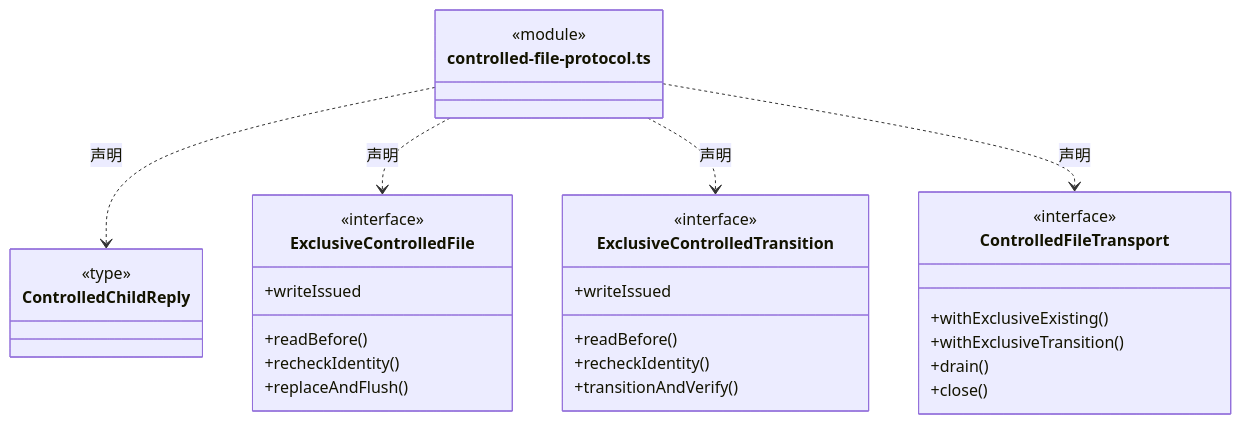
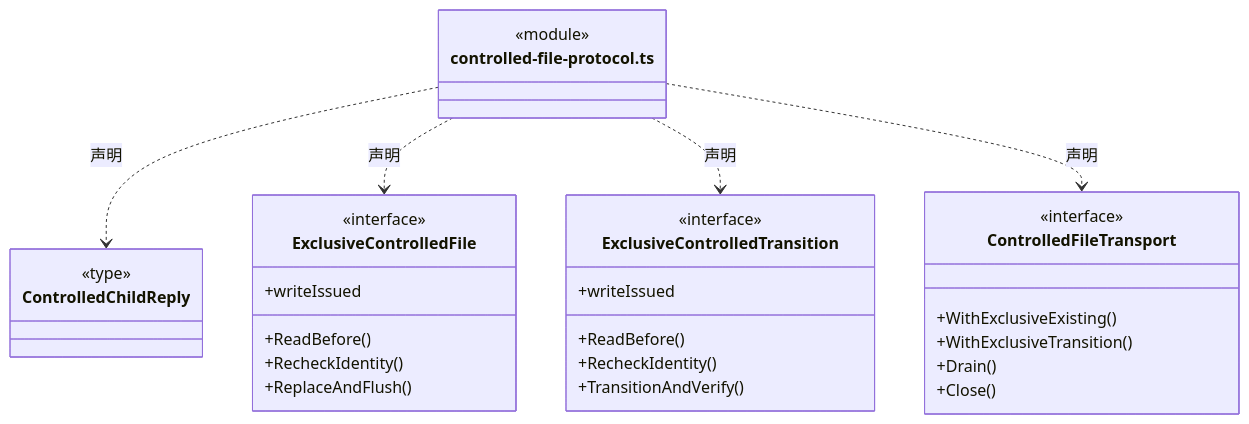
One commit to nan023062/cbim changed the sixth of 14 diagrams in src/logic/file-operations/platform/files/ARCHITECTURE.md. Above: the diagram before and after it, drawn with Mermaid. The commit also changed other lines of this file and 1035 other files, not shown here.

````diff
--- a/src/logic/file-operations/platform/files/ARCHITECTURE.md
+++ b/src/logic/file-operations/platform/files/ARCHITECTURE.md
@@ -137,35 +137,35 @@
 ```mermaid
 classDiagram
 class N_src_logic_file_operations_platform_files_controlled_file_protocol_ts["controlled-file-protocol.ts"] {
   <<module>>
 }
 class N_src_logic_file_operations_platform_files_controlled_file_protocol_ts_ControlledChildReply["ControlledChildReply"] {
   <<type>>
 
 }
 N_src_logic_file_operations_platform_files_controlled_file_protocol_ts ..> N_src_logic_file_operations_platform_files_controlled_file_protocol_ts_ControlledChildReply : 声明
 class N_src_logic_file_operations_platform_files_controlled_file_protocol_ts_ExclusiveControlledFile["ExclusiveControlledFile"] {
   <<interface>>
-  +readBefore()
-  +recheckIdentity()
-  +replaceAndFlush()
+  +ReadBefore()
+  +RecheckIdentity()
+  +ReplaceAndFlush()
   +writeIssued
 }
 N_src_logic_file_operations_platform_files_controlled_file_protocol_ts ..> N_src_logic_file_operations_platform_files_controlled_file_protocol_ts_ExclusiveControlledFile : 声明
 class N_src_logic_file_operations_platform_files_controlled_file_protocol_ts_ExclusiveControlledTransition["ExclusiveControlledTransition"] {
   <<interface>>
-  +readBefore()
-  +recheckIdentity()
-  +transitionAndVerify()
+  +ReadBefore()
+  +RecheckIdentity()
+  +TransitionAndVerify()
   +writeIssued
 }
 N_src_logic_file_operations_platform_files_controlled_file_protocol_ts ..> N_src_logic_file_operations_platform_files_controlled_file_protocol_ts_ExclusiveControlledTransition : 声明
 class N_src_logic_file_operations_platform_files_controlled_file_protocol_ts_ControlledFileTransport["ControlledFileTransport"] {
   <<interface>>
-  +withExclusiveExisting()
-  +withExclusiveTransition()
-  +drain()
-  +close()
+  +WithExclusiveExisting()
+  +WithExclusiveTransition()
+  +Drain()
+  +Close()
 }
 N_src_logic_file_operations_platform_files_controlled_file_protocol_ts ..> N_src_logic_file_operations_platform_files_controlled_file_protocol_ts_ControlledFileTransport : 声明
 ```
````
